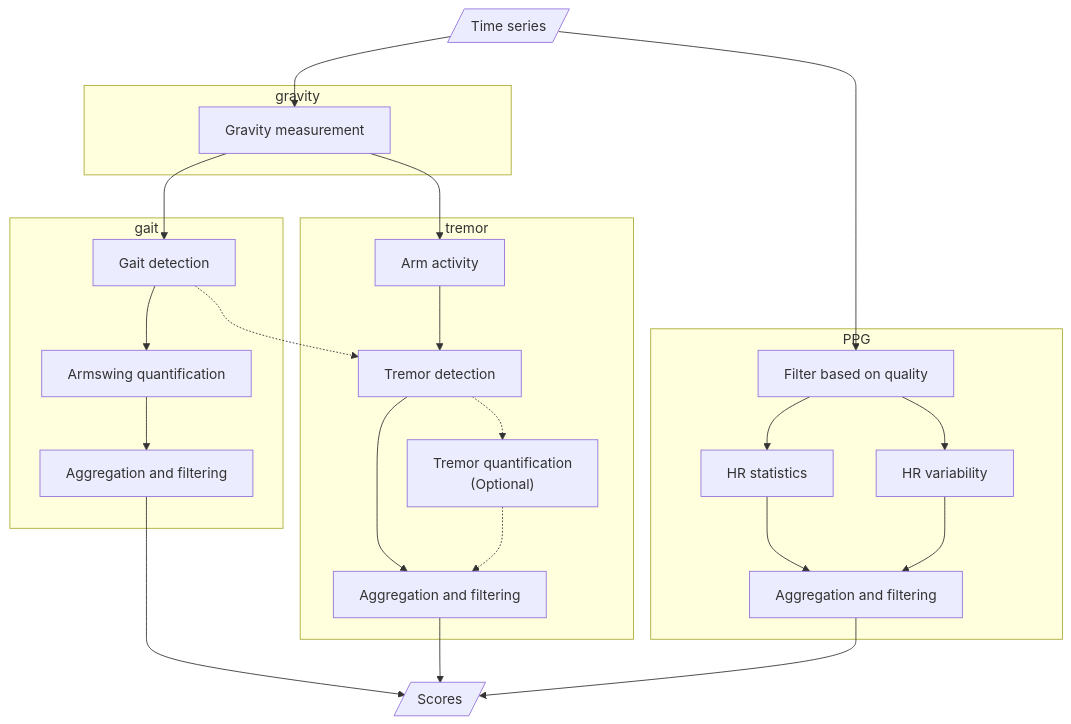
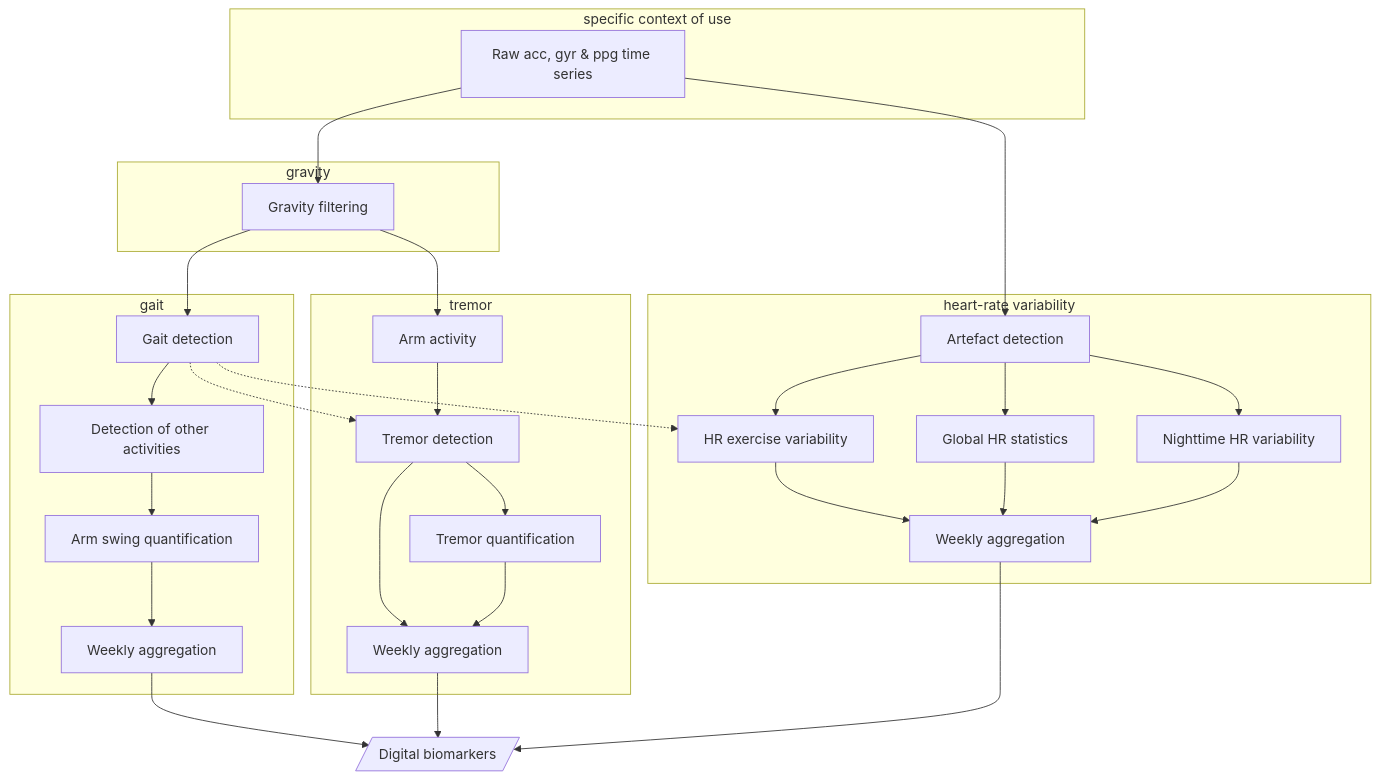
The second of 2 diagrams in profile/README.md (biomarkersParkinson/.github), drawn with Mermaid before and after one commit.

Commit message:
Use Luc's version of pipeline diagram

````diff
--- a/profile/README.md
+++ b/profile/README.md
@@ -48,38 +48,45 @@
 ```mermaid
 graph TD;
 
+    subgraph specific context of use
+         Input["Raw acc, gyr & ppg time series "]
+    end
+
     subgraph gravity
-         Gravity["Gravity measurement"]
+         Gravity["Gravity filtering"]
     end
 
     subgraph gait
         Gait["Gait detection"]
-        Armswing["Armswing quantification"]
-        b["Aggregation and filtering"]
+        Cleangait["Detection of other activities"]
+        Armswing["Arm swing quantification"]
+        b["Weekly aggregation"]
     end
 
     subgraph tremor
         ArmActivity["Arm activity"]
         Tremor["Tremor detection"]
-        c["Aggregation and filtering"]
-        TremorQuant["Tremor quantification \n (Optional)"]
+        c["Weekly aggregation"]
+        TremorQuant["Tremor quantification"]
     end
 
-    subgraph PPG
-        Filter["Filter based on quality"]
-        HRstat["HR statistics"]
-        HRvar["HR variability"]
-        d["Aggregation and filtering"]
+    subgraph heart-rate variability
+        Filter["Artefact detection"]
+        HRstat["Global HR statistics"]
+        HRvarex["HR exercise variability"]
+        HRvarnight["Nighttime HR variability"]
+        d["Weekly aggregation"]
     end
 
-    Preprocessed[/Time series/] --> Gravity --> Gait --> Armswing --> b --> Scores[/Scores/]
+    Input --> Gravity --> Gait --> Cleangait --> Armswing --> b --> Scores[/Digital biomarkers/]
 
     Gait .-> Tremor
     Gravity --> ArmActivity--> Tremor --> c --> Scores
-    Tremor .-> TremorQuant .-> c
+    Tremor --> TremorQuant --> c
 
-    Preprocessed --> Filter
+    Input --> Filter
+    Gait .-> HRvarex
+    Filter --> HRvarex --> d
     Filter --> HRstat --> d --> Scores
-    Filter --> HRvar --> d
-
+    Filter --> HRvarnight --> d
 ```
````
